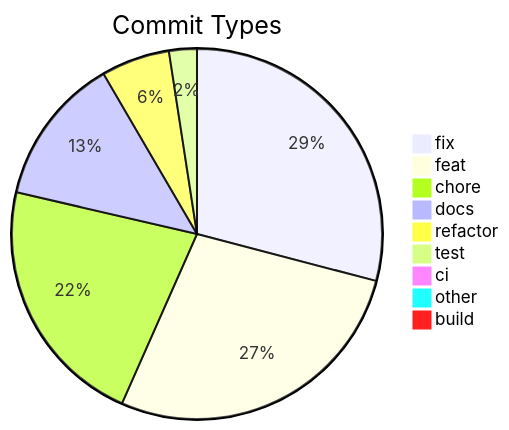
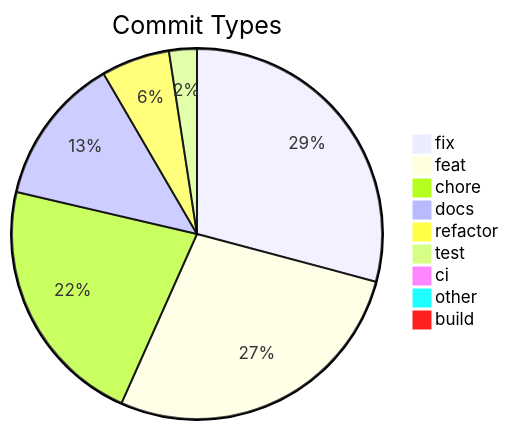
One commit to svenroth-ai/shipwright changed the diagram in .shipwright/compliance/change-history.md. Above: the diagram before and after it, drawn with Mermaid. The commit also changed other lines of this file and 13 other files, not shown here.

````diff
--- a/.shipwright/compliance/change-history.md
+++ b/.shipwright/compliance/change-history.md
@@ -8,12 +8,12 @@
 ```mermaid
 pie title Commit Types
-    "fix" : 287
+    "fix" : 288
     "feat" : 272
     "chore" : 217
     "docs" : 128
     "refactor" : 59
     "test" : 24
     "ci" : 7
     "other" : 7
     "build" : 1
 ```
````
